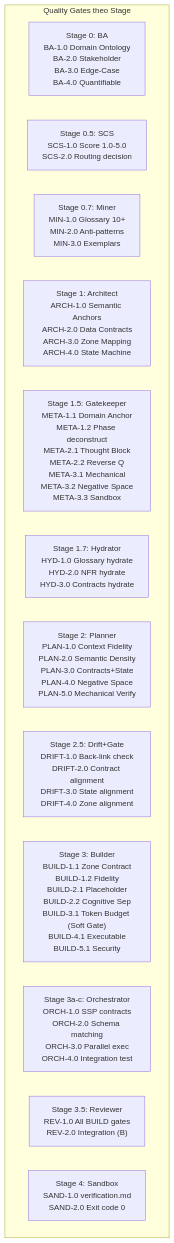
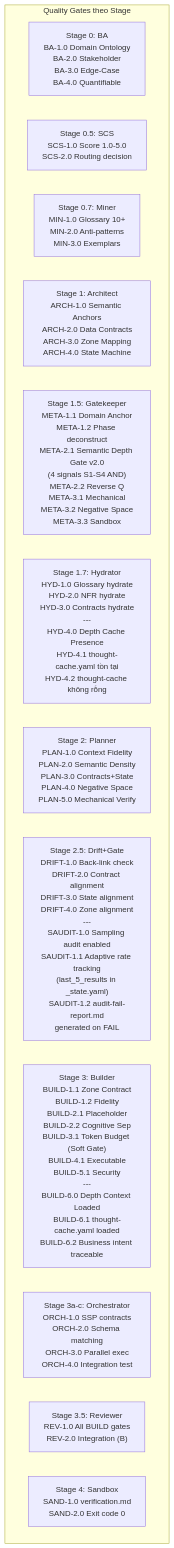
Before and after one commit to vuthuonghai-steve/WASHVN: the diagram in Temps/clean/quality-gates-matrix.md, drawn with Mermaid. The commit also changed other lines of this file and 8 other files, not shown here.

````diff
--- a/Temps/clean/quality-gates-matrix.md
+++ b/Temps/clean/quality-gates-matrix.md
@@ -16,17 +16,17 @@
 ```mermaid
 graph TD
     subgraph GATES["Quality Gates theo Stage"]
         G0["Stage 0: BA<br/>BA-1.0 Domain Ontology<br/>BA-2.0 Stakeholder<br/>BA-3.0 Edge-Case<br/>BA-4.0 Quantifiable"]
         G05["Stage 0.5: SCS<br/>SCS-1.0 Score 1.0-5.0<br/>SCS-2.0 Routing decision"]
         G07["Stage 0.7: Miner<br/>MIN-1.0 Glossary 10+<br/>MIN-2.0 Anti-patterns<br/>MIN-3.0 Exemplars"]
         G1["Stage 1: Architect<br/>ARCH-1.0 Semantic Anchors<br/>ARCH-2.0 Data Contracts<br/>ARCH-3.0 Zone Mapping<br/>ARCH-4.0 State Machine"]
-        G15["Stage 1.5: Gatekeeper<br/>META-1.1 Domain Anchor<br/>META-1.2 Phase deconstruct<br/>META-2.1 Thought Block<br/>META-2.2 Reverse Q<br/>META-3.1 Mechanical<br/>META-3.2 Negative Space<br/>META-3.3 Sandbox"]
-        G17["Stage 1.7: Hydrator<br/>HYD-1.0 Glossary hydrate<br/>HYD-2.0 NFR hydrate<br/>HYD-3.0 Contracts hydrate"]
+        G15["Stage 1.5: Gatekeeper<br/>META-1.1 Domain Anchor<br/>META-1.2 Phase deconstruct<br/>META-2.1 Semantic Depth Gate v2.0<br/>(4 signals S1-S4 AND)<br/>META-2.2 Reverse Q<br/>META-3.1 Mechanical<br/>META-3.2 Negative Space<br/>META-3.3 Sandbox"]
+        G17["Stage 1.7: Hydrator<br/>HYD-1.0 Glossary hydrate<br/>HYD-2.0 NFR hydrate<br/>HYD-3.0 Contracts hydrate<br/>---<br/>HYD-4.0 Depth Cache Presence<br/>HYD-4.1 thought-cache.yaml tồn tại<br/>HYD-4.2 thought-cache không rỗng"]
         G2["Stage 2: Planner<br/>PLAN-1.0 Context Fidelity<br/>PLAN-2.0 Semantic Density<br/>PLAN-3.0 Contracts+State<br/>PLAN-4.0 Negative Space<br/>PLAN-5.0 Mechanical Verify"]
-        G25["Stage 2.5: Drift+Gate<br/>DRIFT-1.0 Back-link check<br/>DRIFT-2.0 Contract alignment<br/>DRIFT-3.0 State alignment<br/>DRIFT-4.0 Zone alignment"]
-        G3["Stage 3: Builder<br/>BUILD-1.1 Zone Contract<br/>BUILD-1.2 Fidelity<br/>BUILD-2.1 Placeholder<br/>BUILD-2.2 Cognitive Sep<br/>BUILD-3.1 Token Budget (Soft Gate)<br/>BUILD-4.1 Executable<br/>BUILD-5.1 Security"]
+        G25["Stage 2.5: Drift+Gate<br/>DRIFT-1.0 Back-link check<br/>DRIFT-2.0 Contract alignment<br/>DRIFT-3.0 State alignment<br/>DRIFT-4.0 Zone alignment<br/>---<br/>SAUDIT-1.0 Sampling audit enabled<br/>SAUDIT-1.1 Adaptive rate tracking<br/>(last_5_results in _state.yaml)<br/>SAUDIT-1.2 audit-fail-report.md<br/>generated on FAIL"]
+        G3["Stage 3: Builder<br/>BUILD-1.1 Zone Contract<br/>BUILD-1.2 Fidelity<br/>BUILD-2.1 Placeholder<br/>BUILD-2.2 Cognitive Sep<br/>BUILD-3.1 Token Budget (Soft Gate)<br/>BUILD-4.1 Executable<br/>BUILD-5.1 Security<br/>---<br/>BUILD-6.0 Depth Context Loaded<br/>BUILD-6.1 thought-cache.yaml loaded<br/>BUILD-6.2 Business intent traceable"]
         G3B["Stage 3a-c: Orchestrator<br/>ORCH-1.0 SSP contracts<br/>ORCH-2.0 Schema matching<br/>ORCH-3.0 Parallel exec<br/>ORCH-4.0 Integration test"]
         G35["Stage 3.5: Reviewer<br/>REV-1.0 All BUILD gates<br/>REV-2.0 Integration (B)"]
         G4["Stage 4: Sandbox<br/>SAND-1.0 verification.md<br/>SAND-2.0 Exit code 0"]
     end
 ```
````
